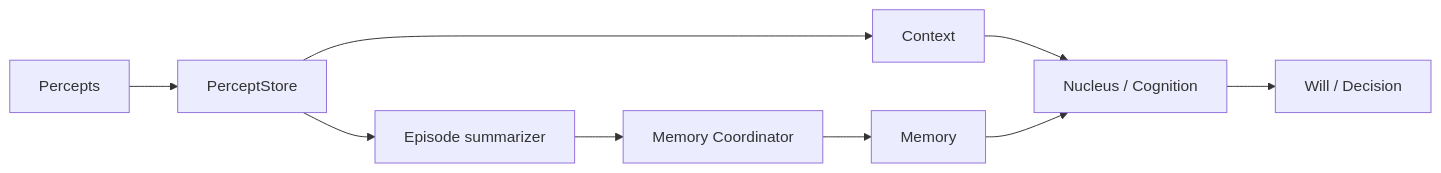
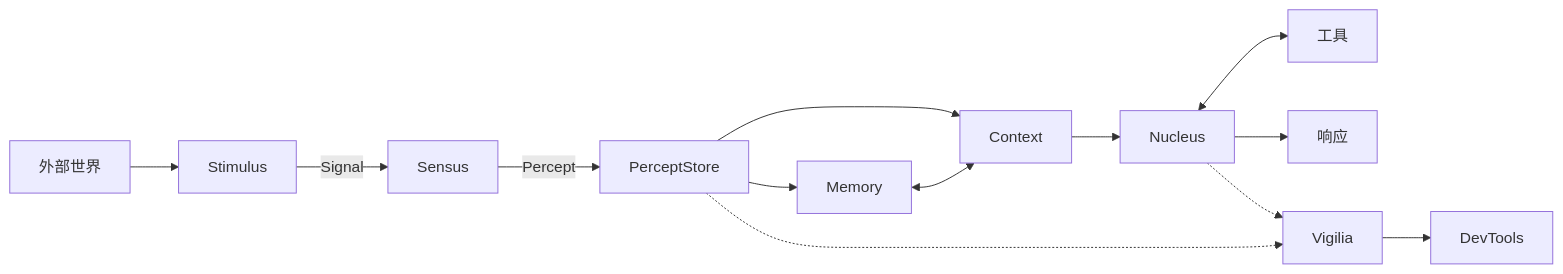
Before and after one commit to YanChenBai/ciel: the diagram in README.md, drawn with Mermaid. The commit also changed other lines of this file and 88 other files, not shown here.

````diff
--- a/README.md
+++ b/README.md
@@ -674,11 +60,17 @@
 ```mermaid
 flowchart LR
-  Percepts --> PerceptStore
-  PerceptStore --> Context
-  Context --> Nucleus["Nucleus / Cognition"]
-  Memory --> Nucleus
-  PerceptStore --> Summarizer["Episode summarizer"]
-  Summarizer --> Coordinator["Memory Coordinator"]
-  Coordinator --> Memory
-  Nucleus --> Will["Will / Decision"]
+  World["外部世界"] --> Stimulus
+  Stimulus -->|"Signal"| Sensus
+  Sensus -->|"Percept"| Store["PerceptStore"]
+  Store --> Context
+  Context --> Nucleus
+  Nucleus <--> Tools["工具"]
+  Nucleus --> Response["响应"]
+
+  Store --> Memory
+  Memory <--> Context
+
+  Store -.-> Vigilia
+  Nucleus -.-> Vigilia
+  Vigilia --> DevTools
 ```
````
